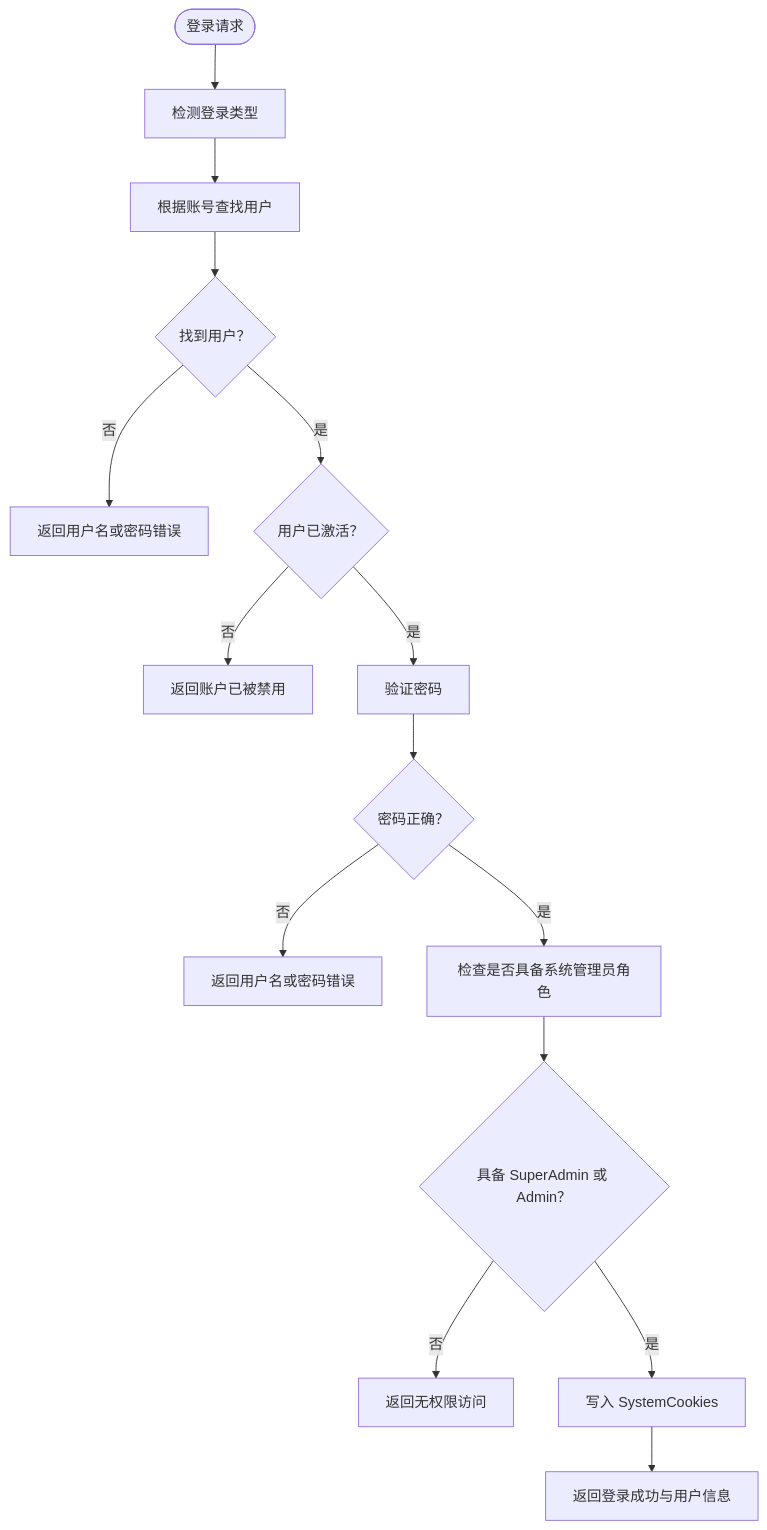
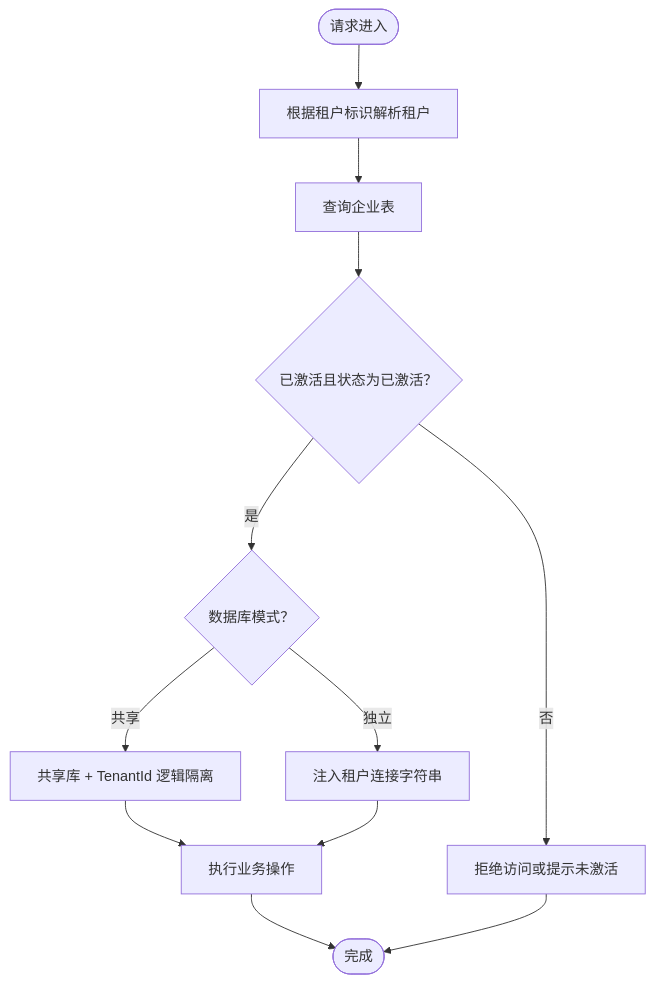
The fourth of 8 diagrams in .qoder/repowiki/zh/content/系统管理/系统管理.md (openlowcodelab/lowcode), drawn with Mermaid before and after one commit. The commit also changed other lines of this file and 223 other files, not shown here.

````diff
--- a/.qoder/repowiki/zh/content/系统管理/系统管理.md
+++ b/.qoder/repowiki/zh/content/系统管理/系统管理.md
@@ -261,17 +246,14 @@
 ```mermaid
 flowchart TD
-    Start(["登录请求"]) --> Detect["检测登录类型"]
-    Detect --> FindUser["根据账号查找用户"]
-    FindUser --> Found{"找到用户？"}
-    Found -->|否| Fail1["返回用户名或密码错误"]
-    Found -->|是| CheckActive{"用户已激活？"}
-    CheckActive -->|否| Fail2["返回账户已被禁用"]
-    CheckActive -->|是| VerifyPwd["验证密码"]
-    VerifyPwd --> PwdOk{"密码正确？"}
-    PwdOk -->|否| Fail3["返回用户名或密码错误"]
-    PwdOk -->|是| CheckRole["检查是否具备系统管理员角色"]
-    CheckRole --> HasRole{"具备 SuperAdmin 或 Admin？"}
-    HasRole -->|否| Fail4["返回无权限访问"]
-    HasRole -->|是| SetCookie["写入 SystemCookies"]
-    SetCookie --> Success["返回登录成功与用户信息"]
+    Start(["请求进入"]) --> ResolveTenant["根据租户标识解析租户"]
+    ResolveTenant --> Lookup["查询企业表"]
+    Lookup --> Active{"已激活且状态为已激活？"}
+    Active -->|否| Deny["拒绝访问或提示未激活"]
+    Active -->|是| Mode{"数据库模式？"}
+    Mode -->|共享| Shared["共享库 + TenantId 逻辑隔离"]
+    Mode -->|独立| Independent["注入租户连接字符串"]
+    Shared --> Access["执行业务操作"]
+    Independent --> Access
+    Access --> End(["完成"])
+    Deny --> End
 ```
````
